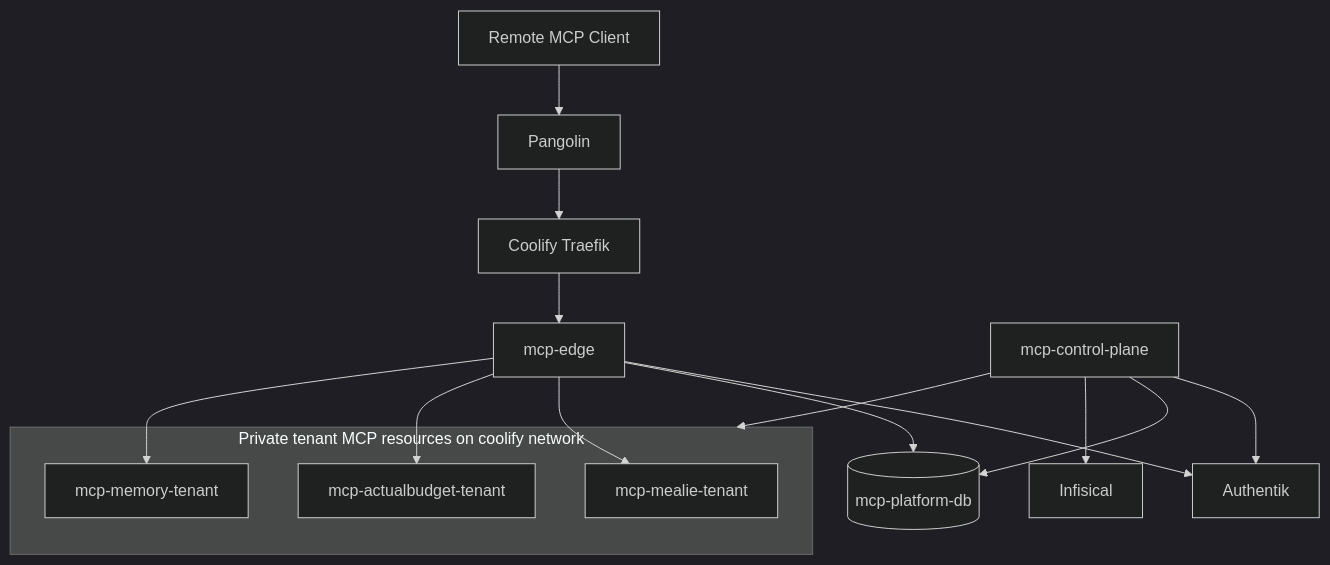
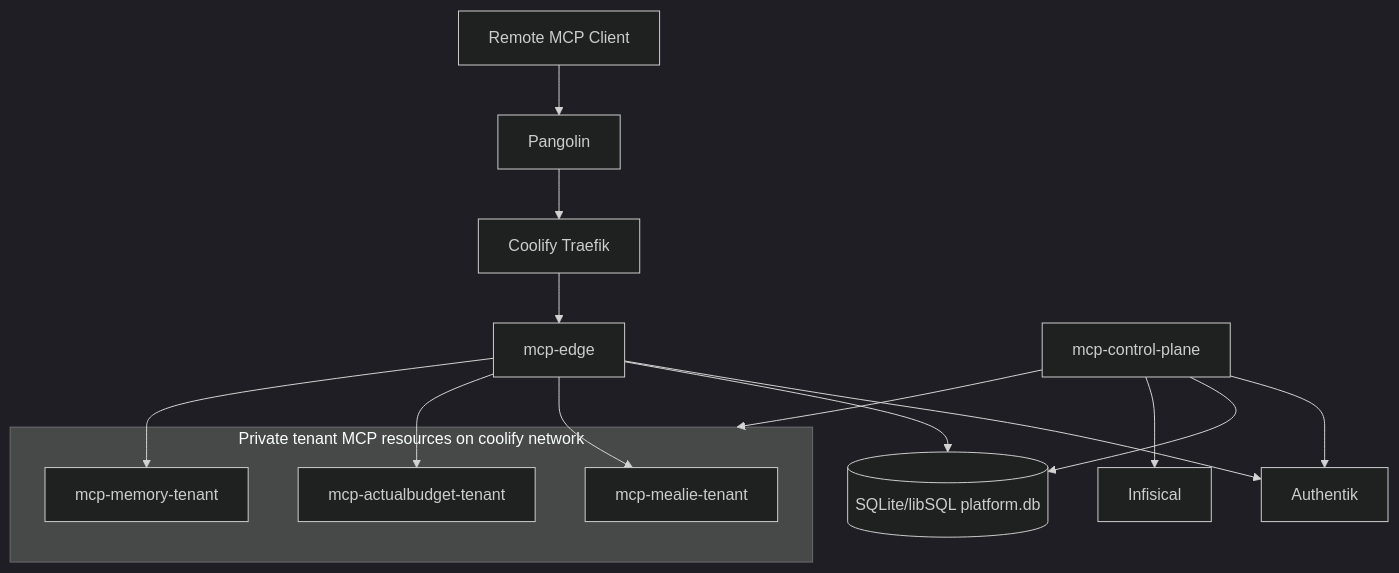
Before and after one commit to ZanzyTHEbar/mcp-edge-gateway: the diagram in mcp-control-plane/ARD.md, drawn with Mermaid (dark theme). The commit also changed 125 other files, not shown here.

Commit message:
refactor(platform): pivot to SQLite

````diff
--- a/mcp-control-plane/ARD.md
+++ b/mcp-control-plane/ARD.md
@@ -23,28 +23,28 @@
 ```mermaid
 flowchart TB
     Client[Remote MCP Client]
     Pangolin[Pangolin]
     Traefik[Coolify Traefik]
     Edge[mcp-edge]
     CP[mcp-control-plane]
-    DB[(mcp-platform-db)]
+    DB[(SQLite/libSQL platform.db)]
     Secrets[Infisical]
     IdP[Authentik]
 
     subgraph CoolifyPrivate[Private tenant MCP resources on coolify network]
         T1[mcp-mealie-tenant]
         T2[mcp-actualbudget-tenant]
         T3[mcp-memory-tenant]
     end
 
     Client --> Pangolin --> Traefik --> Edge
     Edge --> IdP
     Edge --> DB
     Edge --> T1
     Edge --> T2
     Edge --> T3
     CP --> IdP
     CP --> DB
     CP --> Secrets
     CP --> CoolifyPrivate
 ```
````
